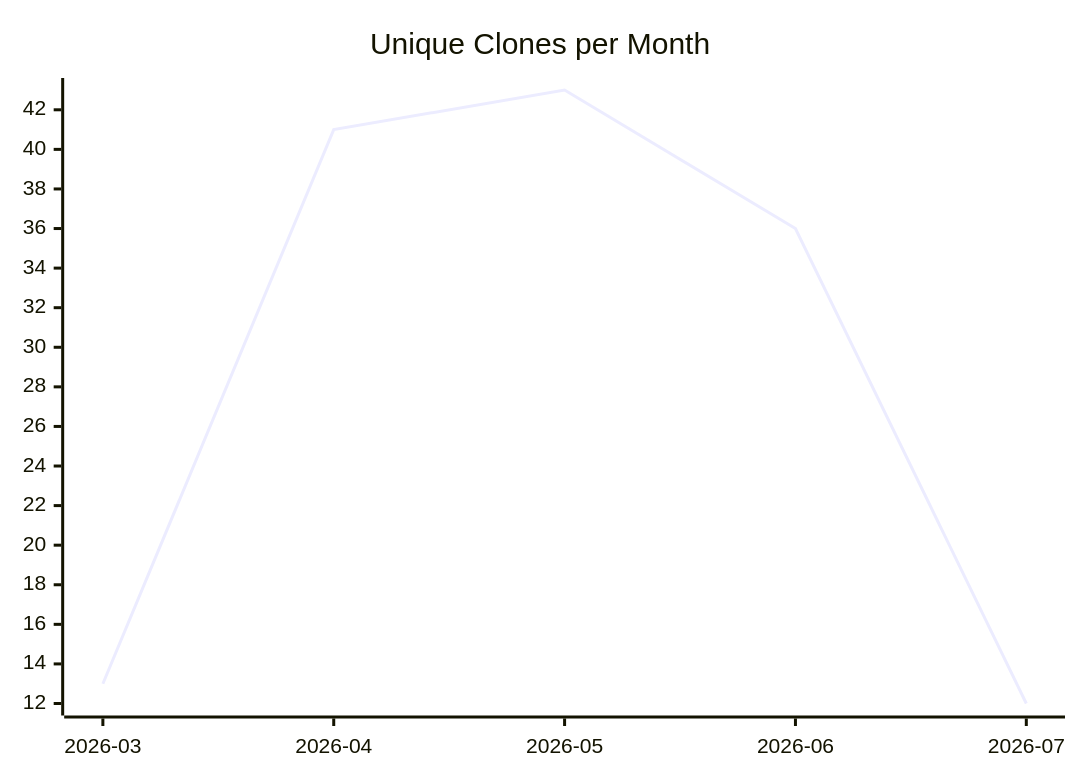
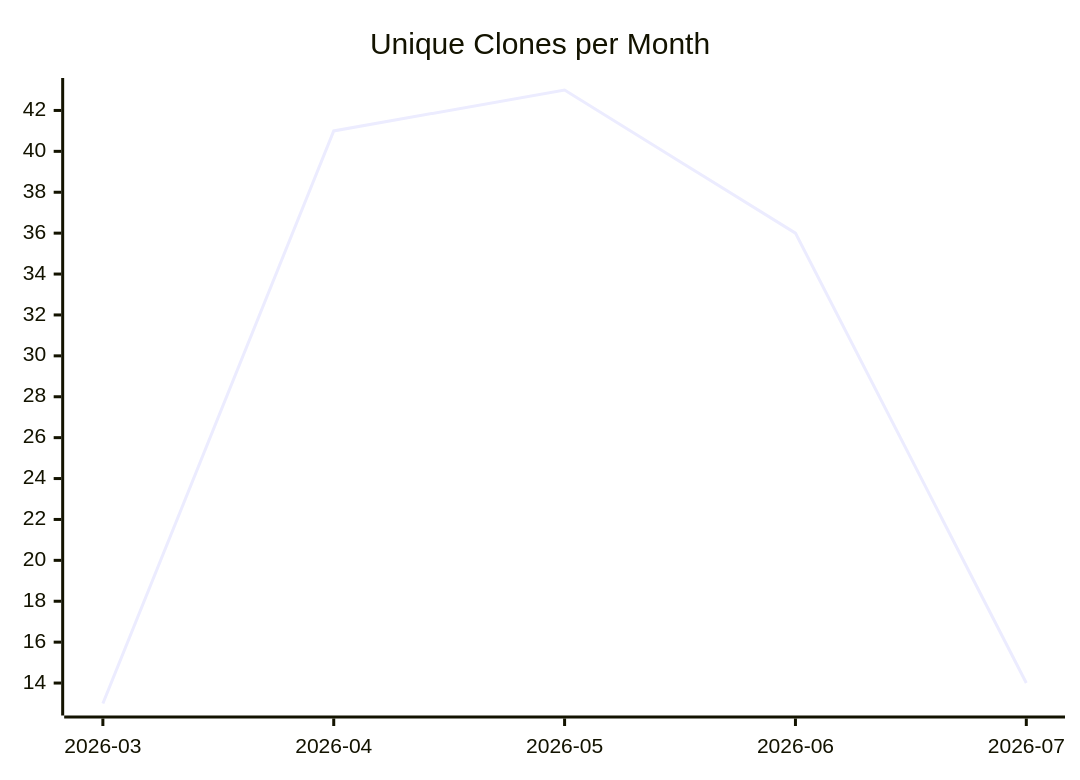
One commit to justdavis-family/github-analytics-data changed the third of 3 diagrams in karlmdavis/usgs-water-api-java/README.md. Above: the diagram before and after it, drawn with Mermaid. The commit also changed other lines of this file and 188 other files, not shown here.

````diff
--- a/karlmdavis/usgs-water-api-java/README.md
+++ b/karlmdavis/usgs-water-api-java/README.md
@@ -19,6 +19,6 @@
 ```mermaid
 xychart-beta
   title "Unique Clones per Month"
   x-axis ["2026-03", "2026-04", "2026-05", "2026-06", "2026-07"]
-  line [13, 41, 43, 36, 12]
+  line [13, 41, 43, 36, 14]
 ```
````
